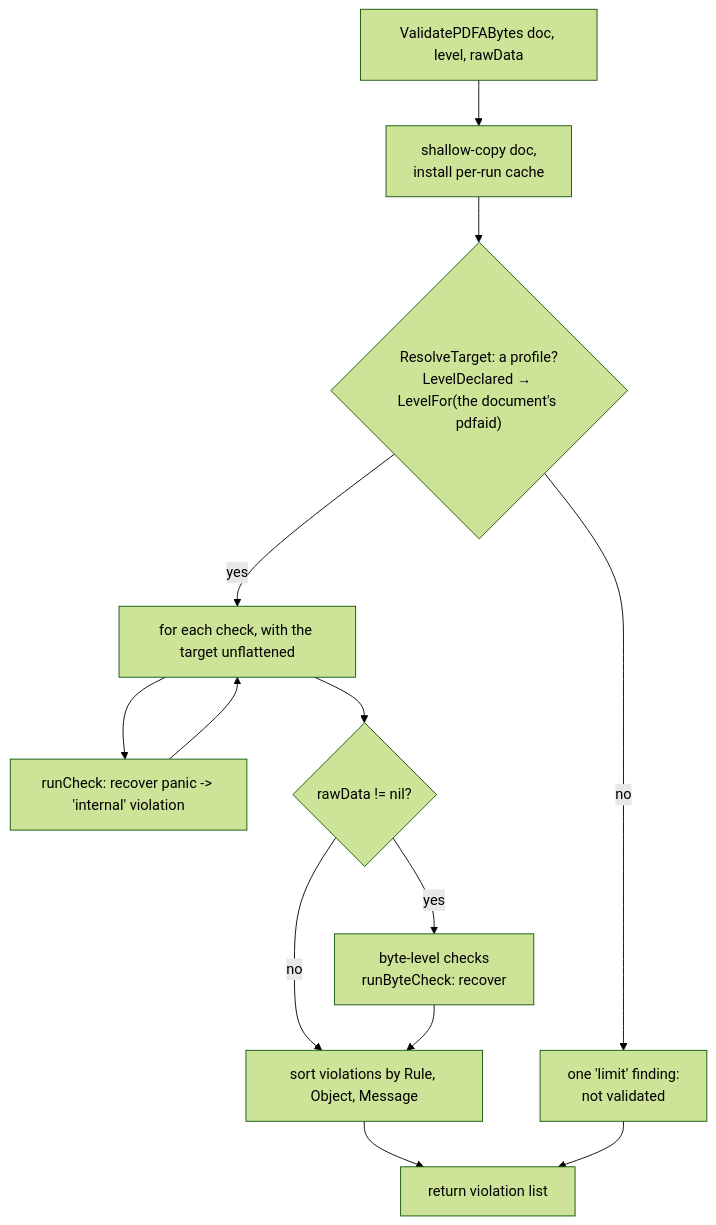
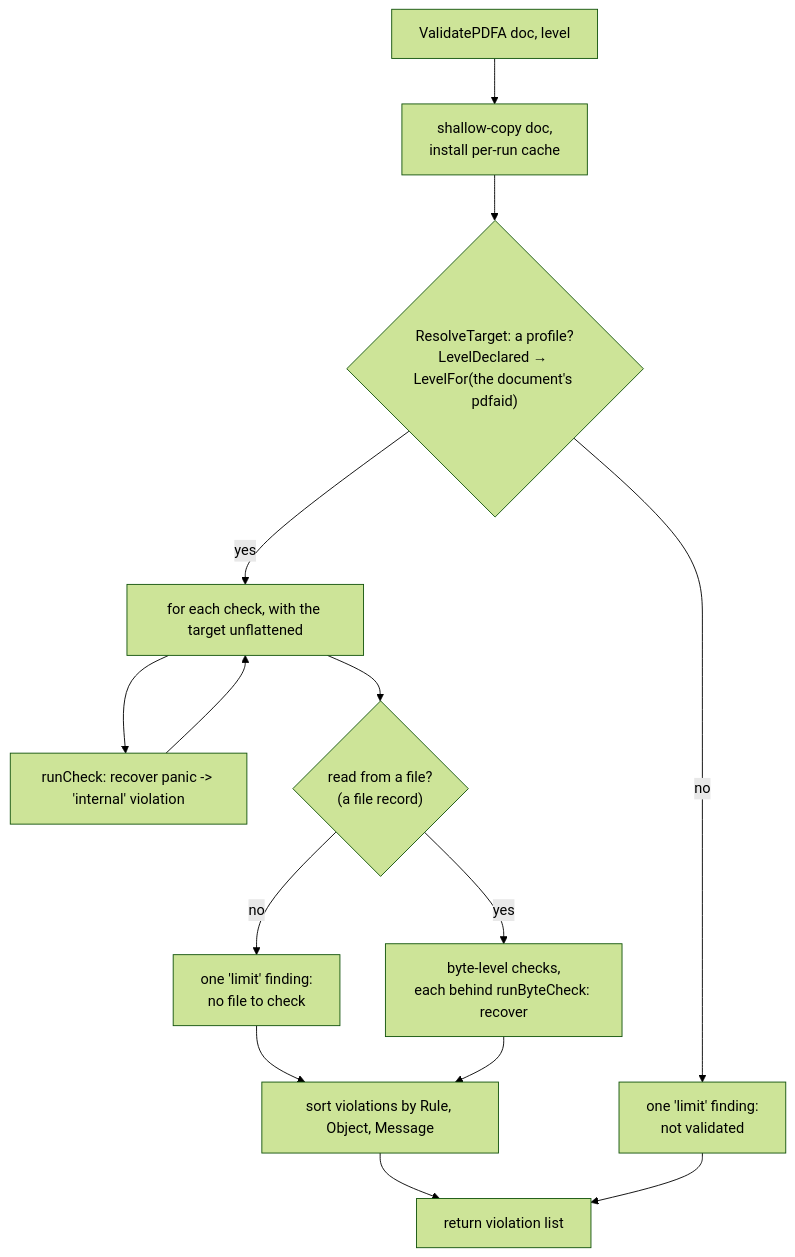
The second of 2 diagrams in docs/validators.md (mgilbir/pdf0), drawn with Mermaid (forest theme) before and after one commit. The commit also changed other lines of this file and 86 other files, not shown here.

````diff
--- a/docs/validators.md
+++ b/docs/validators.md
@@ -189,15 +190,16 @@
 ```mermaid
 flowchart TD
-    A[ValidatePDFABytes doc, level, rawData] --> B[shallow-copy doc,<br/>install per-run cache]
+    A[ValidatePDFA doc, level] --> B[shallow-copy doc,<br/>install per-run cache]
     B --> T{"ResolveTarget: a profile?<br/>LevelDeclared → LevelFor(the document's pdfaid)"}
     T -->|no| R["one 'limit' finding:<br/>not validated"]
     T -->|yes| C[for each check, with the target unflattened]
     C --> D[runCheck: recover panic -> 'internal' violation]
     D --> C
-    C --> E{rawData != nil?}
-    E -->|yes| F[byte-level checks<br/>runByteCheck: recover]
-    E -->|no| G
+    C --> E{"read from a file?<br/>(a file record)"}
+    E -->|yes| F[byte-level checks,<br/>each behind runByteCheck: recover]
+    E -->|no| N["one 'limit' finding:<br/>no file to check"]
+    N --> G
     F --> G[sort violations by Rule, Object, Message]
     G --> I[return violation list]
     R --> I
 ```
````
